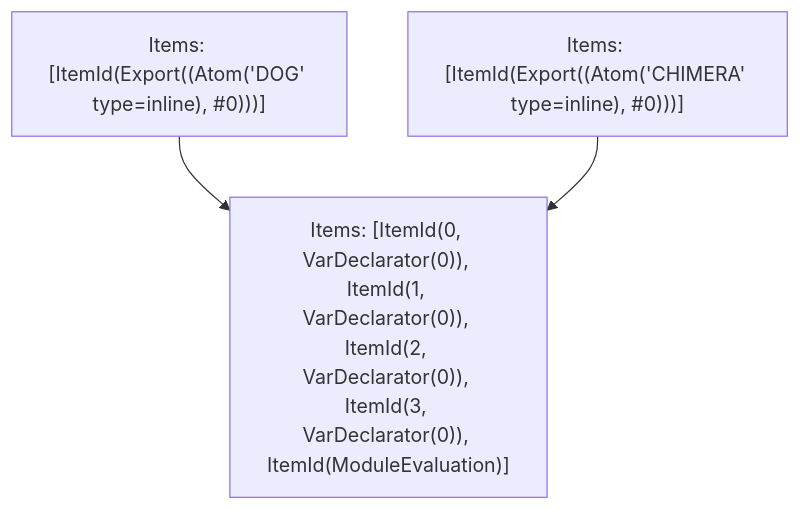
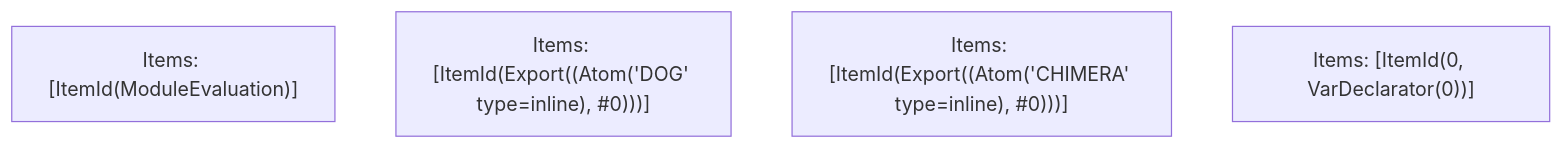
Before and after one commit to vercel/turborepo: the fifth of 5 diagrams in crates/turbopack-ecmascript/tests/tree-shaker/analyzer/simple/output.md, drawn with Mermaid. The commit also changed other lines of this file and 3 other files, not shown here.

````diff
--- a/crates/turbopack-ecmascript/tests/tree-shaker/analyzer/simple/output.md
+++ b/crates/turbopack-ecmascript/tests/tree-shaker/analyzer/simple/output.md
@@ -124,8 +120,7 @@
 ```mermaid
 graph TD
-    N0["Items: [ItemId(0, VarDeclarator(0)), ItemId(1, VarDeclarator(0)), ItemId(2, VarDeclarator(0)), ItemId(3, VarDeclarator(0)), ItemId(ModuleEvaluation)]"];
+    N0["Items: [ItemId(ModuleEvaluation)]"];
     N1["Items: [ItemId(Export((Atom('DOG' type=inline), #0)))]"];
     N2["Items: [ItemId(Export((Atom('CHIMERA' type=inline), #0)))]"];
-    N1 --> N0;
-    N2 --> N0;
+    N3["Items: [ItemId(0, VarDeclarator(0))]"];
 ```
````
